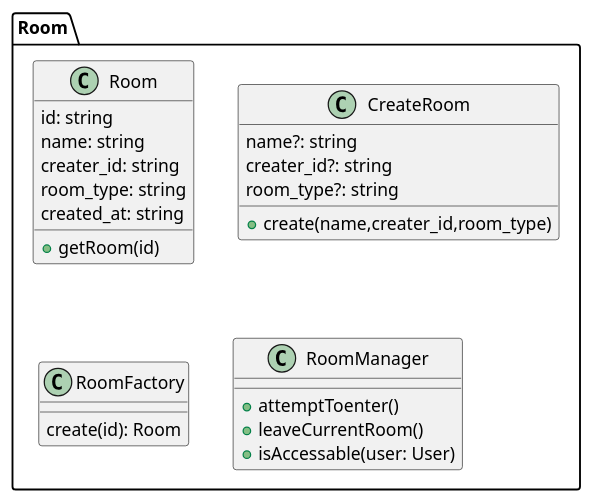
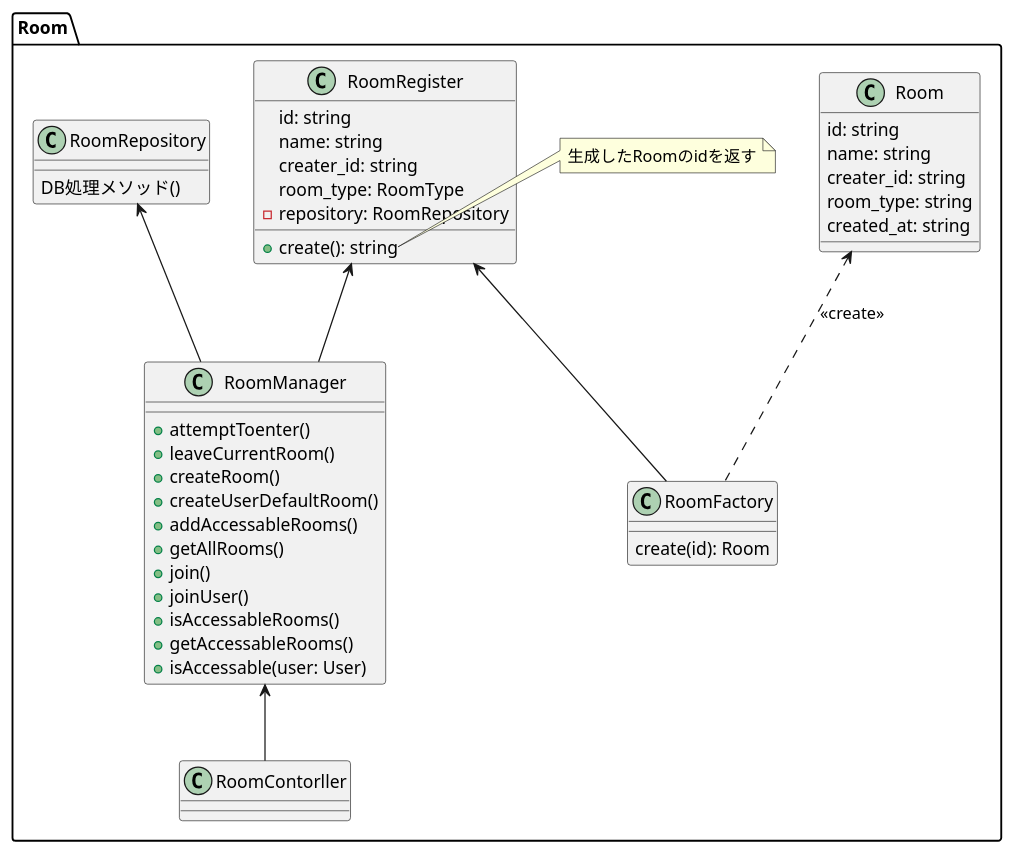
Before and after one commit to TOnodera/chatterman: the diagram in documents/plantUML/クラス図/サーバー/クラス図Room.wsd, drawn with PlantUML. The commit also changed 5 other files, not shown here.

Commit message:
userクラスでroomのリポジトリ直接呼び出してるかしょあったのでクラス図にあわせて修正

```diff
--- a/documents/plantUML/クラス図/サーバー/クラス図Room.wsd
+++ b/documents/plantUML/クラス図/サーバー/クラス図Room.wsd
@@ -1,29 +1,52 @@
 @startuml
 package Room{
+
     class Room{
         id: string
         name: string
         creater_id: string
         room_type: string
         created_at: string
-        +getRoom(id)
     }
 
-    class CreateRoom{
-        name?: string
-        creater_id?: string
-        room_type?: string
-        +create(name,creater_id,room_type)
+    class RoomRegister{
+        id: string
+        name: string
+        creater_id: string
+        room_type: RoomType
+        -repository: RoomRepository
+        +create(): string
     }
+    note right of RoomRegister::create()
+    生成したRoomのidを返す
+    end note
 
     class RoomFactory{
         create(id): Room
     }
 
     class RoomManager{
         +attemptToenter()
         +leaveCurrentRoom()
+        +createRoom()
+        +createUserDefaultRoom()
+        +addAccessableRooms()
+        +getAllRooms()
+        +join()
+        +joinUser()
+        +isAccessableRooms()
+        +getAccessableRooms()
         +isAccessable(user: User)
     }
+
+    class RoomRepository{
+        DB処理メソッド()
+    }
+
+    RoomRegister <-- RoomFactory
+    Room <.. RoomFactory : <<create>>
+    RoomManager <-- RoomContorller
+    RoomRegister <-- RoomManager
+    RoomRepository <-- RoomManager
 }
 @enduml
```
